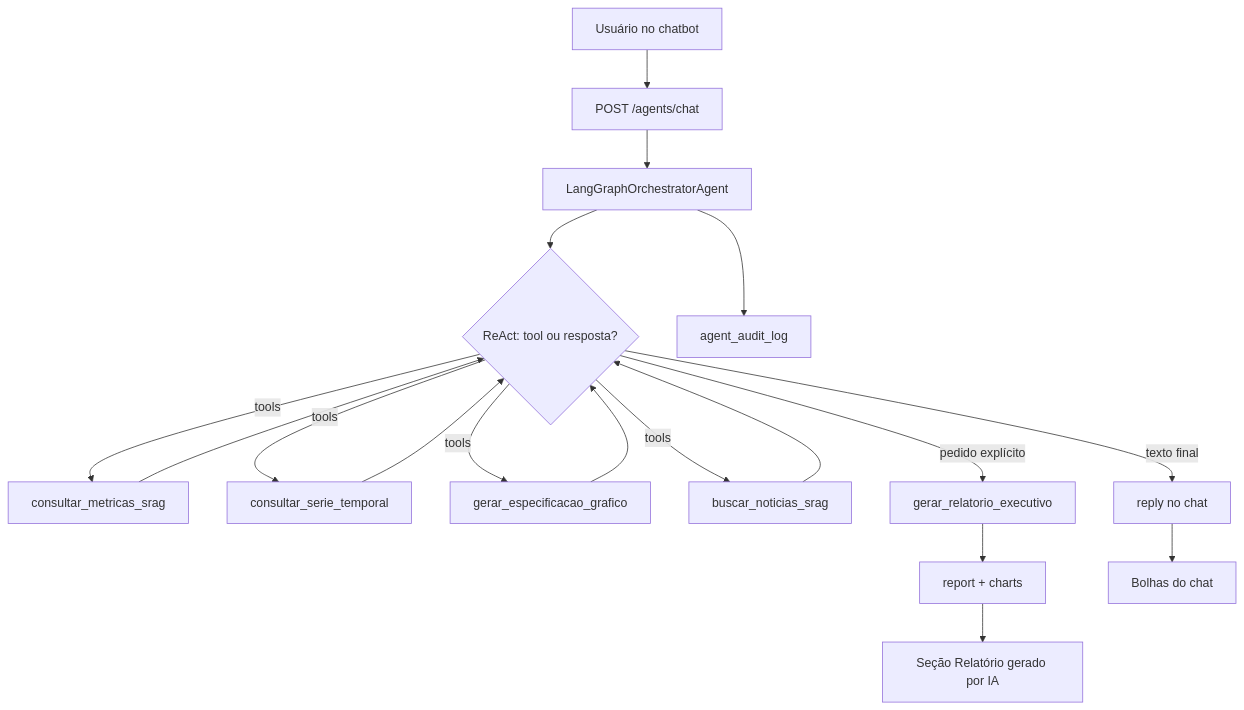
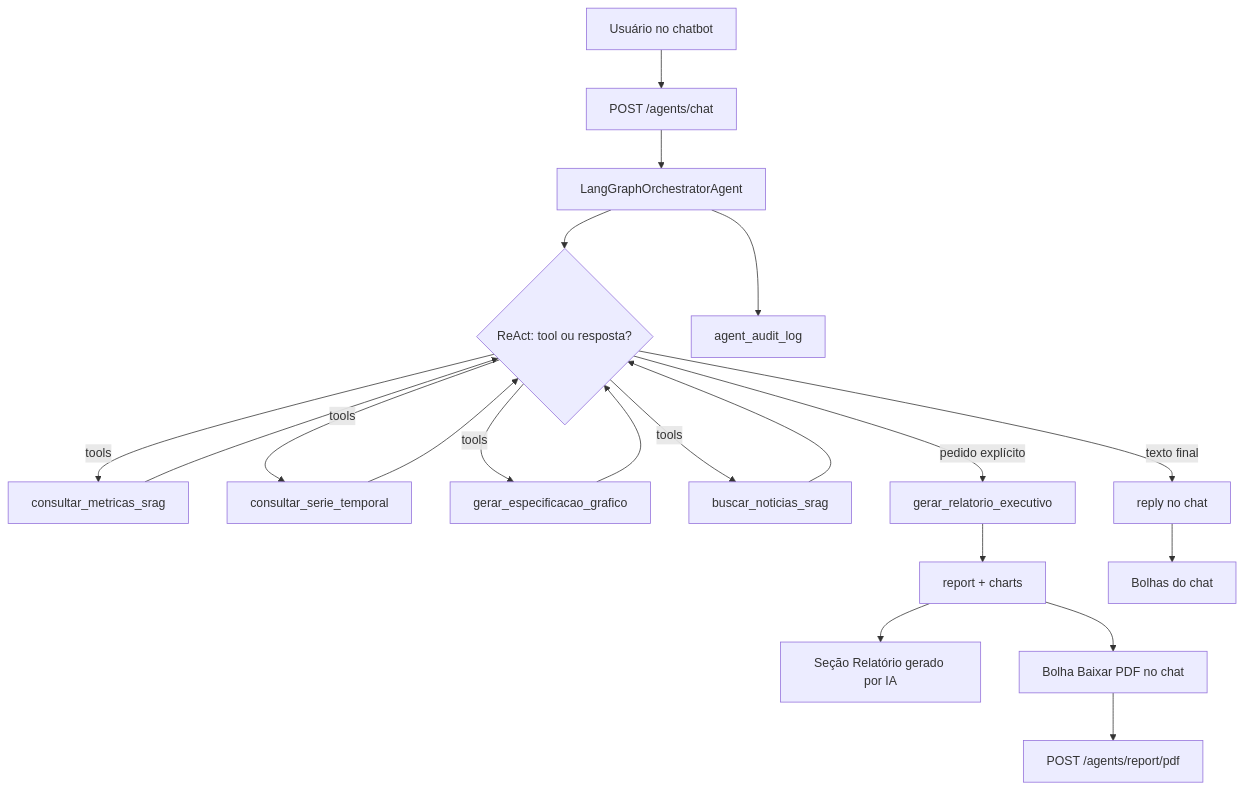
The diagram in docs/agente_orquestrador.md (johnwsl/srag-data-health-agent-monitor), drawn with Mermaid before and after one commit. The commit also changed other lines of this file and 25 other files, not shown here.

````diff
--- a/docs/agente_orquestrador.md
+++ b/docs/agente_orquestrador.md
@@ -60,20 +84,22 @@
 ```mermaid
 flowchart TD
     U[Usuário no chatbot] --> API[POST /agents/chat]
     API --> O[LangGraphOrchestratorAgent]
     O --> LG{ReAct: tool ou resposta?}
     LG -->|tools| T1[consultar_metricas_srag]
     LG -->|tools| T2[consultar_serie_temporal]
     LG -->|tools| T3[gerar_especificacao_grafico]
     LG -->|tools| T4[buscar_noticias_srag]
     LG -->|pedido explícito| T5[gerar_relatorio_executivo]
     T1 --> LG
     T2 --> LG
     T3 --> LG
     T4 --> LG
     T5 --> R[report + charts]
     LG -->|texto final| C[reply no chat]
     O --> A[agent_audit_log]
     R --> UI[Seção Relatório gerado por IA]
+    R --> PDFBubble[Bolha Baixar PDF no chat]
+    PDFBubble --> PDF[POST /agents/report/pdf]
     C --> UI2[Bolhas do chat]
 ```
````
